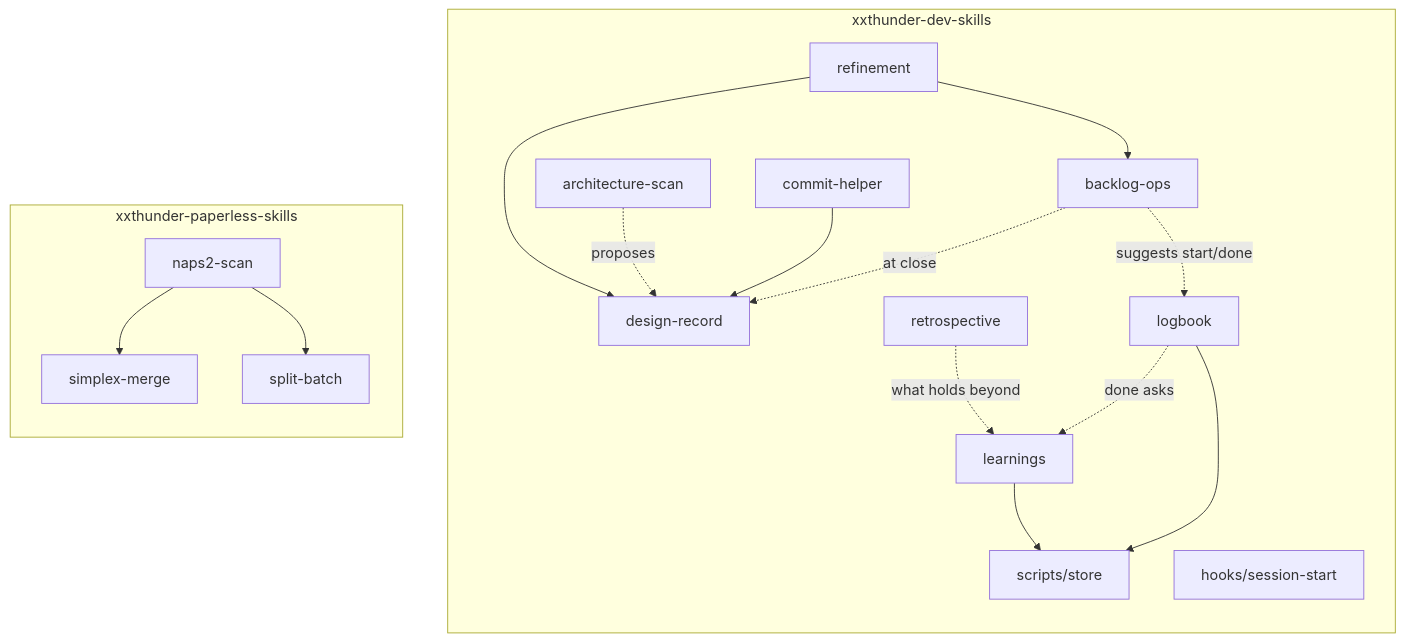
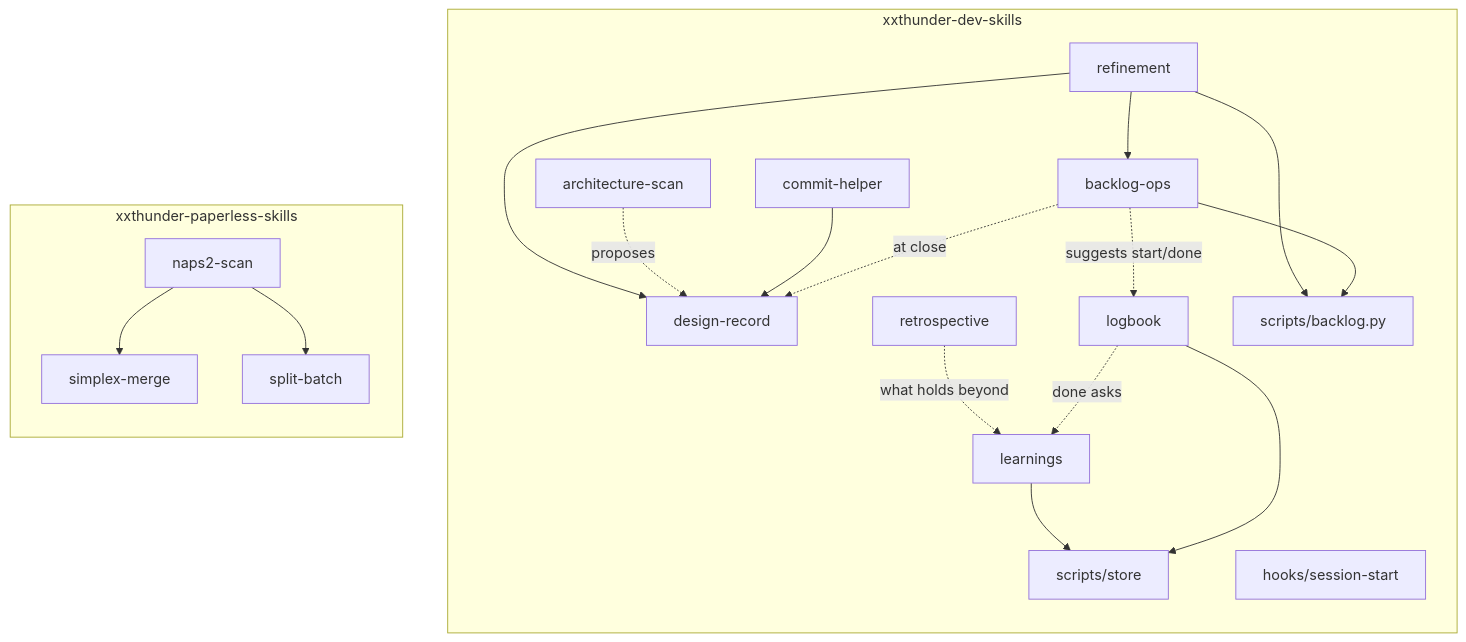
Before and after one commit to xxthunder/xxthunder-agentic-skills: the third of 6 diagrams in docs/architecture.md, drawn with Mermaid. The commit also changed other lines of this file and 5 other files, not shown here.

````diff
--- a/docs/architecture.md
+++ b/docs/architecture.md
@@ -63,23 +63,25 @@
 ```mermaid
 flowchart TB
     subgraph dev["xxthunder-dev-skills"]
         direction TB
         refinement --> backlog["backlog-ops"]
         refinement --> record["design-record"]
         scan["architecture-scan"] -.proposes.-> record
         commit["commit-helper"] --> record
         backlog -.at close.-> record
         retro["retrospective"]
         retro -.what holds beyond.-> learn["learnings"]
         backlog -.suggests start/done.-> logb["logbook"]
         logb -.done asks.-> learn
         learn --> storesh["scripts/store"]
         logb --> storesh
+        refinement --> backpy["scripts/backlog.py"]
+        backlog --> backpy
         hook["hooks/session-start"]
     end
     subgraph paper["xxthunder-paperless-skills"]
         direction TB
         scanp["naps2-scan"] --> merge["simplex-merge"]
         scanp --> split["split-batch"]
     end
 ```
````
